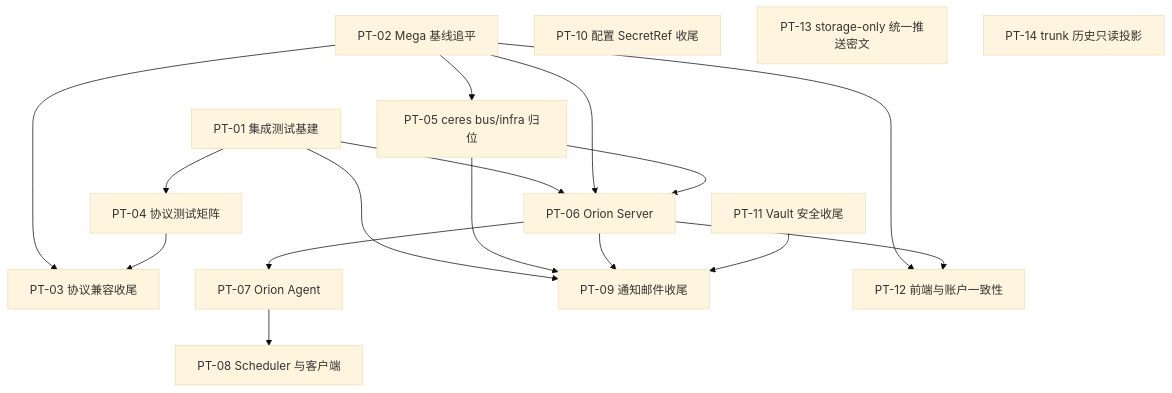
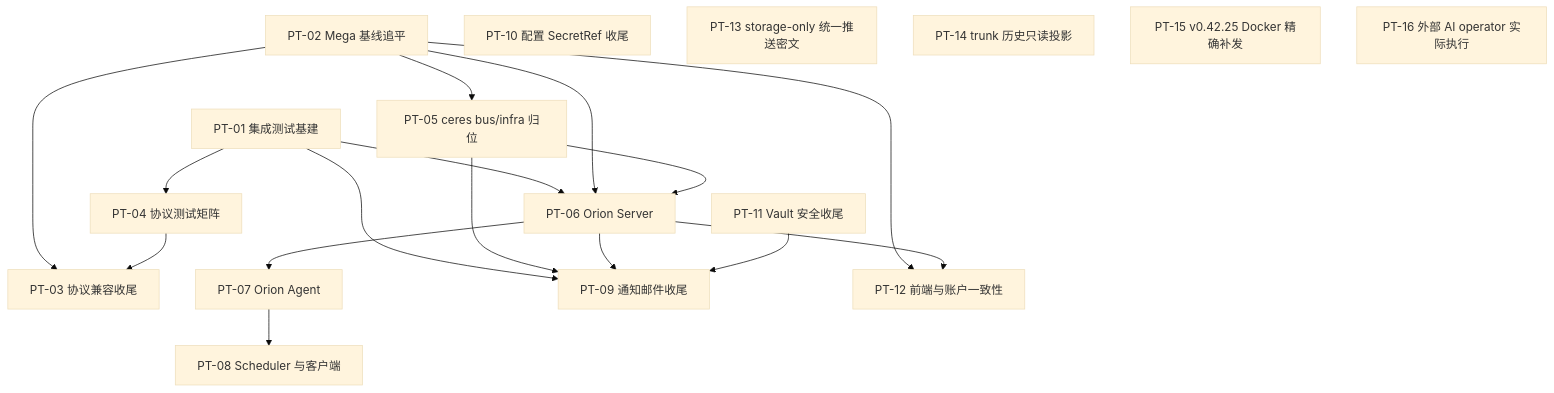
One commit to gitmono-dev/mega2 changed the diagram in docs/plan/plan-long.md. Above: the diagram before and after it, drawn with Mermaid (base theme). The commit also changed other lines of this file and 15 other files, not shown here.

````diff
--- a/docs/plan/plan-long.md
+++ b/docs/plan/plan-long.md
@@ -803,35 +851,39 @@
 ```mermaid
 flowchart TD
     PT01[PT-01 集成测试基建]
     PT02[PT-02 Mega 基线追平]
     PT03[PT-03 协议兼容收尾]
     PT04[PT-04 协议测试矩阵]
     PT05[PT-05 ceres bus/infra 归位]
     PT06[PT-06 Orion Server]
     PT07[PT-07 Orion Agent]
     PT08[PT-08 Scheduler 与客户端]
     PT09[PT-09 通知邮件收尾]
     PT10[PT-10 配置 SecretRef 收尾]
     PT11[PT-11 Vault 安全收尾]
     PT12[PT-12 前端与账户一致性]
     PT13[PT-13 storage-only 统一推送密文]
     PT14[PT-14 trunk 历史只读投影]
+    PT15[PT-15 v0.42.25 Docker 精确补发]
+    PT16[PT-16 外部 AI operator 实际执行]
 
     PT01 --> PT04
     PT01 --> PT06
     PT01 --> PT09
     PT02 --> PT03
     PT02 --> PT05
     PT02 --> PT06
     PT02 --> PT12
     PT04 --> PT03
     PT05 --> PT06
     PT06 --> PT07
     PT07 --> PT08
     PT05 --> PT09
     PT06 --> PT09
     PT06 --> PT12
     PT11 --> PT09
     PT13
     PT14
+    PT15
+    PT16
 ```
````
